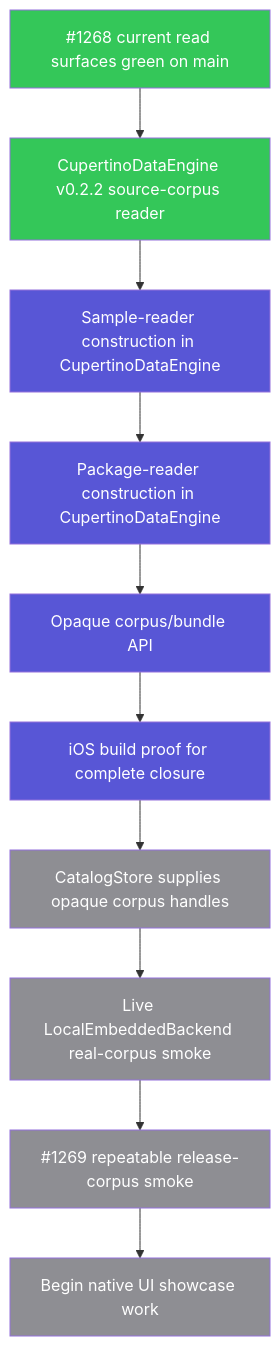
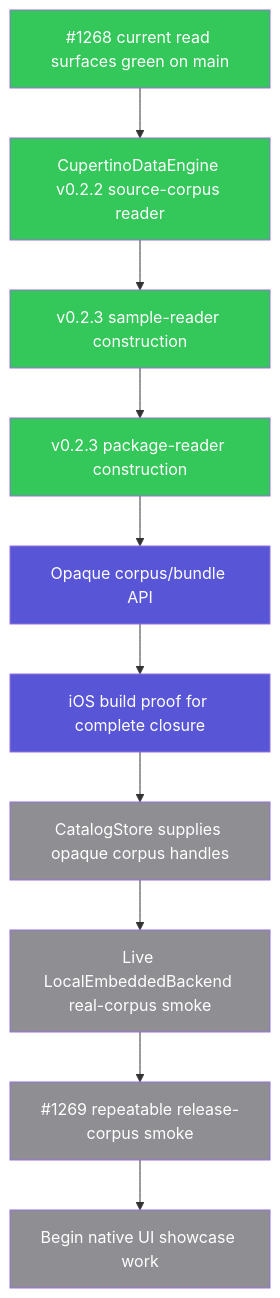
Before and after one commit to mihaelamj/cupertino: the third of 3 diagrams in README.md, drawn with Mermaid. The commit also changed other lines of this file and 6 other files, not shown here.

````diff
--- a/README.md
+++ b/README.md
@@ -271,18 +271,18 @@
 ```mermaid
 flowchart TD
   release["#1268 current read surfaces green on main"]:::done
   source["CupertinoDataEngine v0.2.2 source-corpus reader"]:::done
-  samples["Sample-reader construction in CupertinoDataEngine"]:::next
-  packages["Package-reader construction in CupertinoDataEngine"]:::next
+  samples["v0.2.3 sample-reader construction"]:::done
+  packages["v0.2.3 package-reader construction"]:::done
   bundle["Opaque corpus/bundle API"]:::next
   ios["iOS build proof for complete closure"]:::next
   catalog["CatalogStore supplies opaque corpus handles"]:::todo
   embedded["Live LocalEmbeddedBackend real-corpus smoke"]:::todo
   smoke["#1269 repeatable release-corpus smoke"]:::todo
   ui["Begin native UI showcase work"]:::todo
 
   release --> source --> samples --> packages --> bundle --> ios --> catalog --> embedded --> smoke --> ui
   classDef done    fill:#34C759,color:#FFFFFF
   classDef next    fill:#5856D6,color:#FFFFFF
   classDef todo    fill:#8E8E93,color:#FFFFFF
 ```
````
